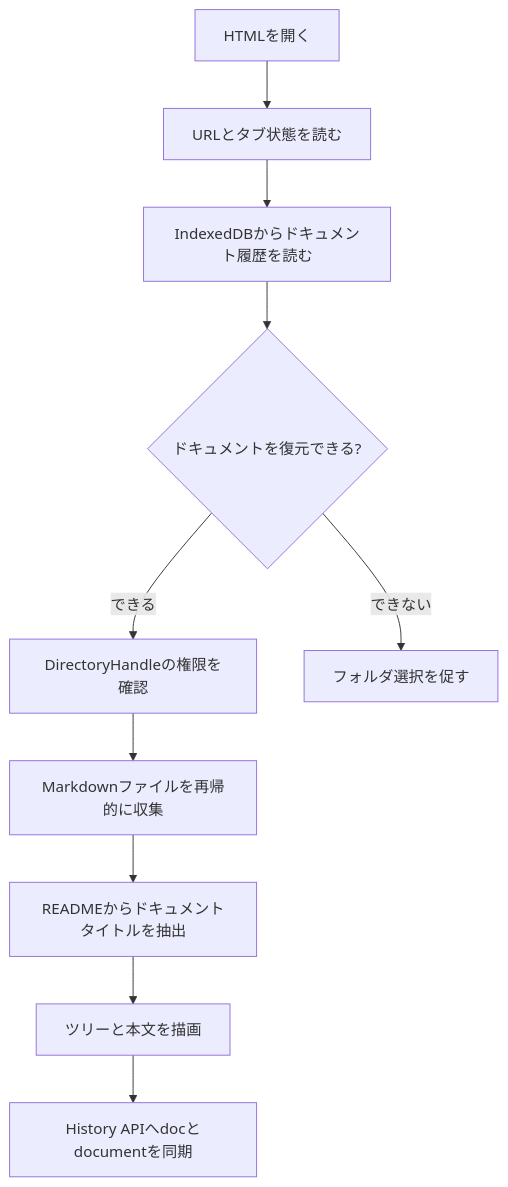
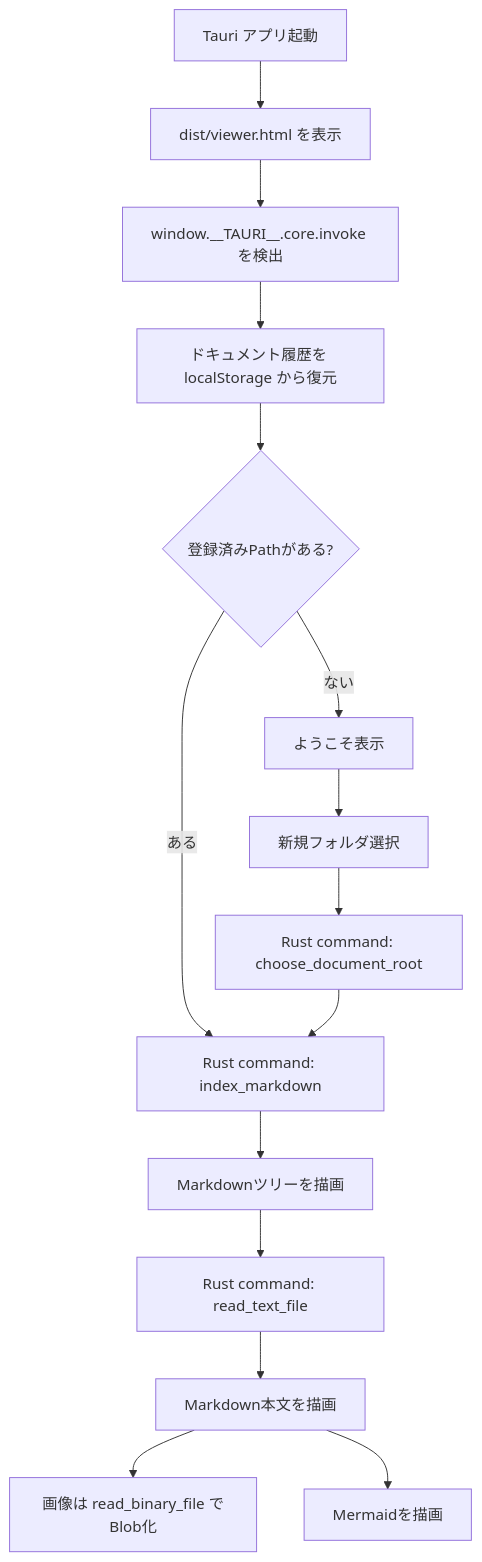
Before and after one commit to nomunel/MD-Viewer: the diagram in docs/development/specification.md, drawn with Mermaid. The commit also changed other lines of this file and 17 other files, not shown here.

````diff
--- a/docs/development/specification.md
+++ b/docs/development/specification.md
@@ -34,12 +9,17 @@
 ```mermaid
 flowchart TD
-  A["HTMLを開く"] --> B["URLとタブ状態を読む"]
-  B --> C["IndexedDBからドキュメント履歴を読む"]
-  C --> D{"ドキュメントを復元できる?"}
-  D -- "できる" --> E["DirectoryHandleの権限を確認"]
-  D -- "できない" --> F["フォルダ選択を促す"]
-  E --> G["Markdownファイルを再帰的に収集"]
-  G --> H["READMEからドキュメントタイトルを抽出"]
-  H --> I["ツリーと本文を描画"]
-  I --> J["History APIへdocとdocumentを同期"]
+  A["Tauri アプリ起動"] --> B["dist/viewer.html を表示"]
+  B --> C["window.__TAURI__.core.invoke を検出"]
+  C --> D["ドキュメント履歴を localStorage から復元"]
+  D --> E{"登録済みPathがある?"}
+  E -- "ある" --> F["Rust command: index_markdown"]
+  E -- "ない" --> G["ようこそ表示"]
+  G --> H["新規フォルダ選択"]
+  H --> I["Rust command: choose_document_root"]
+  I --> F
+  F --> J["Markdownツリーを描画"]
+  J --> K["Rust command: read_text_file"]
+  K --> L["Markdown本文を描画"]
+  L --> M["画像は read_binary_file でBlob化"]
+  L --> N["Mermaidを描画"]
 ```
````
